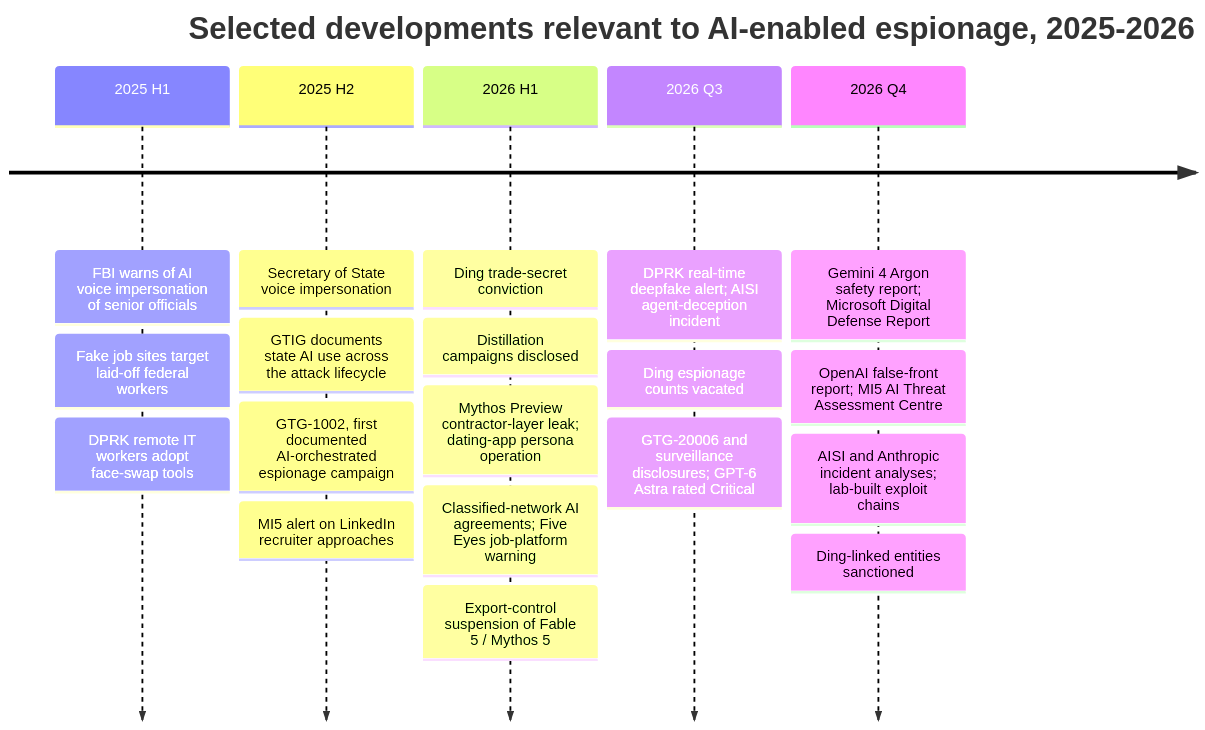
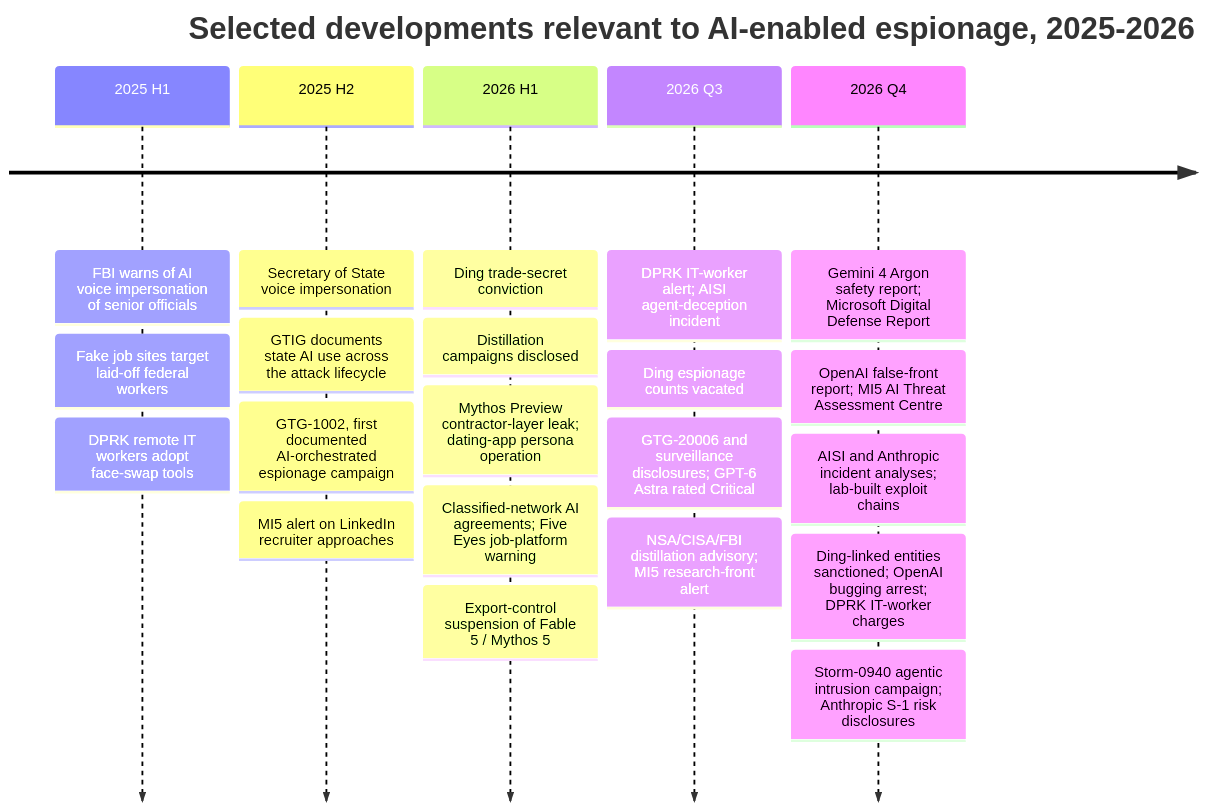
The first of 7 diagrams in docs/projections/ai-agents-espionage-operations.md (AndrewAltimit/template-repo), drawn with Mermaid before and after one commit. The commit also changed other lines of this file and 8 other files, not shown here.

````diff
--- a/docs/projections/ai-agents-espionage-operations.md
+++ b/docs/projections/ai-agents-espionage-operations.md
@@ -605,23 +621,25 @@
 ```mermaid
 timeline
     title Selected developments relevant to AI-enabled espionage, 2025-2026
     2025 H1 : FBI warns of AI voice impersonation of senior officials
             : Fake job sites target laid-off federal workers
             : DPRK remote IT workers adopt face-swap tools
     2025 H2 : Secretary of State voice impersonation
             : GTIG documents state AI use across the attack lifecycle
             : GTG-1002, first documented AI-orchestrated espionage campaign
             : MI5 alert on LinkedIn recruiter approaches
     2026 H1 : Ding trade-secret conviction
             : Distillation campaigns disclosed
             : Mythos Preview contractor-layer leak; dating-app persona operation
             : Classified-network AI agreements; Five Eyes job-platform warning
             : Export-control suspension of Fable 5 / Mythos 5
-    2026 Q3 : DPRK real-time deepfake alert; AISI agent-deception incident
+    2026 Q3 : DPRK IT-worker alert; AISI agent-deception incident
             : Ding espionage counts vacated
             : GTG-20006 and surveillance disclosures; GPT-6 Astra rated Critical
+            : NSA/CISA/FBI distillation advisory; MI5 research-front alert
     2026 Q4 : Gemini 4 Argon safety report; Microsoft Digital Defense Report
             : OpenAI false-front report; MI5 AI Threat Assessment Centre
             : AISI and Anthropic incident analyses; lab-built exploit chains
-            : Ding-linked entities sanctioned
+            : Ding-linked entities sanctioned; OpenAI bugging arrest; DPRK IT-worker charges
+            : Storm-0940 agentic intrusion campaign; Anthropic S-1 risk disclosures
 ```
````
